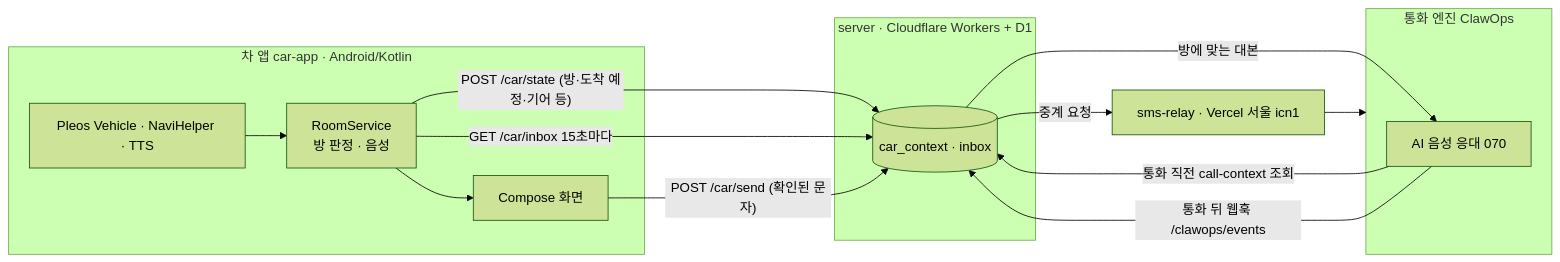
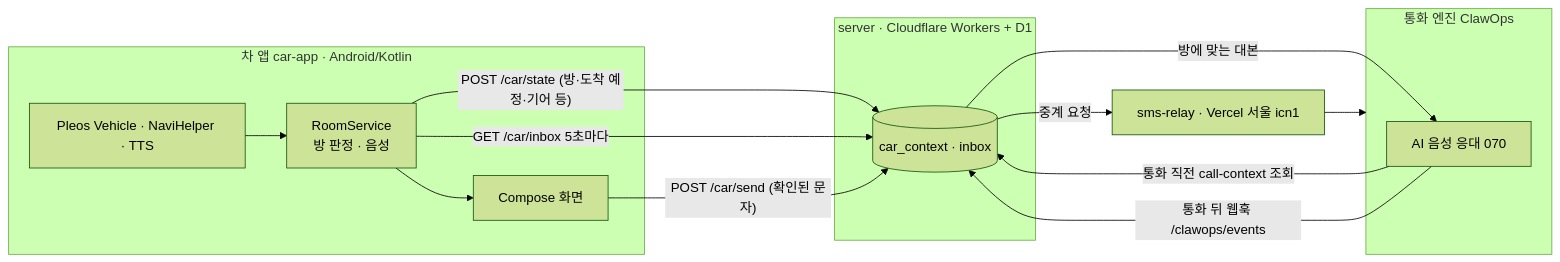
Before and after one commit to naebiseo-app/carbiseo: the diagram in README.md, drawn with Mermaid (forest theme). The commit also changed other lines of this file and 1 other file, not shown here.

Commit message:
docs: README·ARCHITECTURE를 현재 코드와 대조해 정정(폴링 5초, 응대 2택, 경고등 문구 통일, 2차 예정 명시, 라이브러리 라이선스)

````diff
--- a/README.md
+++ b/README.md
@@ -17,21 +18,21 @@
 ```mermaid
 flowchart LR
   subgraph CAR[차 앱 car-app · Android/Kotlin]
     SDK[Pleos Vehicle · NaviHelper · TTS] --> RS[RoomService<br/>방 판정 · 음성]
     RS --> UI[Compose 화면]
   end
   subgraph W[server · Cloudflare Workers + D1]
     ST[(car_context · inbox)]
   end
   subgraph CO[통화 엔진 ClawOps]
     AI[AI 음성 응대 070]
   end
   RL[sms-relay · Vercel 서울 icn1]
   RS -- "POST /car/state (방·도착 예정·기어 등)" --> ST
-  RS -- "GET /car/inbox 15초마다" --> ST
+  RS -- "GET /car/inbox 5초마다" --> ST
   AI -- "통화 직전 call-context 조회" --> ST
   ST -- "방에 맞는 대본" --> AI
   AI -- "통화 뒤 웹훅 /clawops/events" --> ST
   UI -- "POST /car/send (확인된 문자)" --> ST
   ST -- "중계 요청" --> RL --> CO
 ```
````
